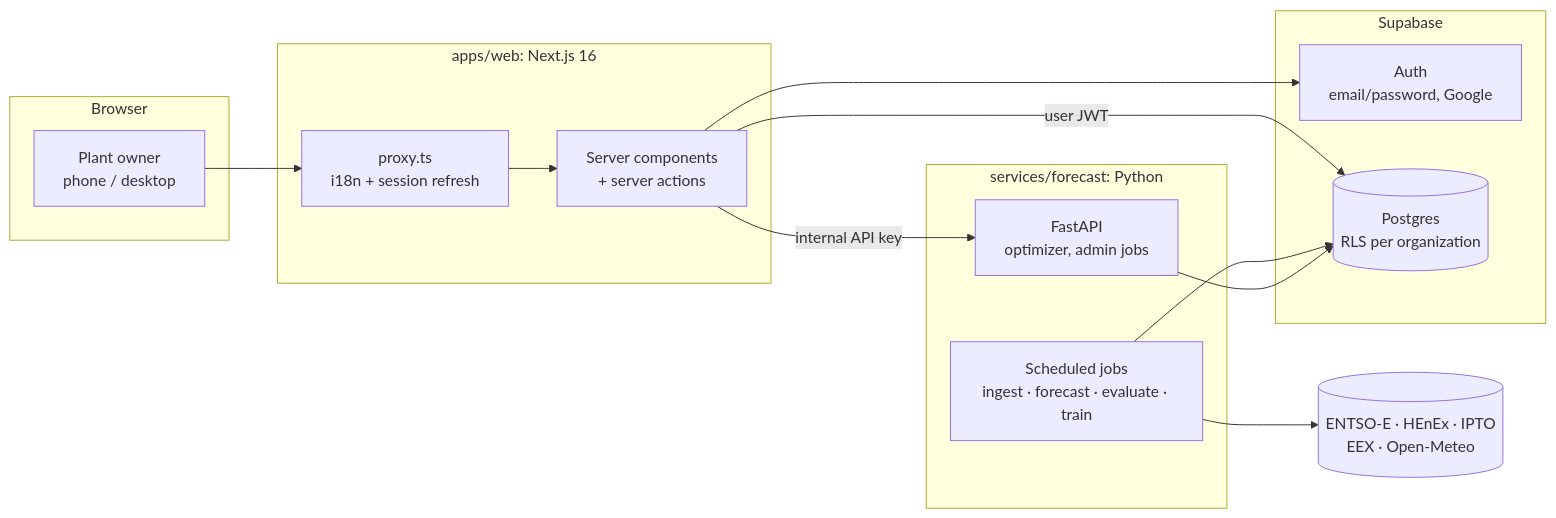
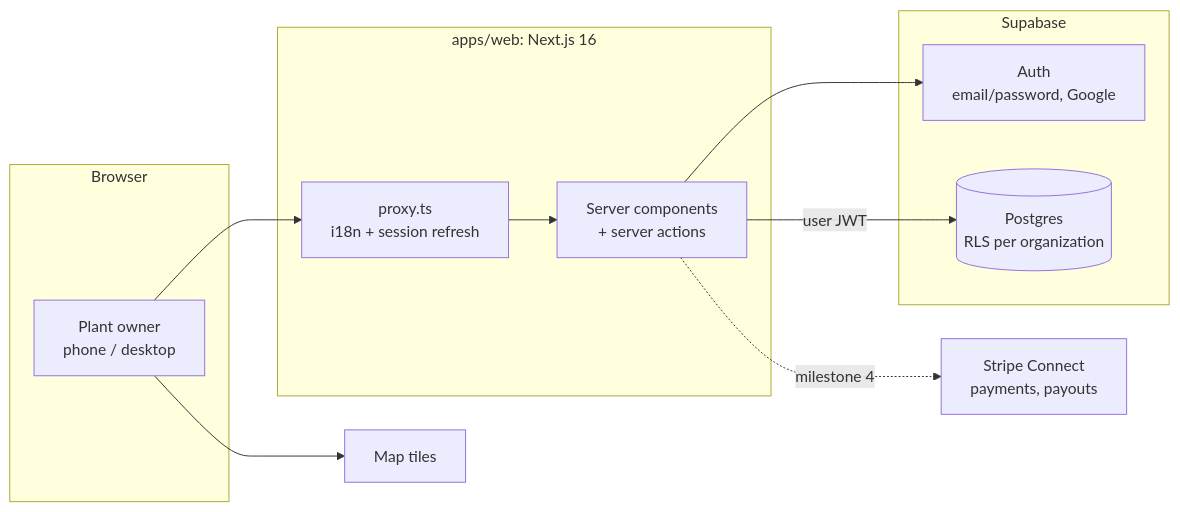
Before and after one commit to vasilis249/energy-price-predictor: the diagram in README.md, drawn with Mermaid. The commit also changed other lines of this file and 66 other files, not shown here.

````diff
--- a/README.md
+++ b/README.md
@@ -11,27 +10,22 @@
 ```mermaid
 flowchart LR
   subgraph Browser
     U[Plant owner<br/>phone / desktop]
   end
   subgraph Web["apps/web: Next.js 16"]
     P[proxy.ts<br/>i18n + session refresh]
     RSC[Server components<br/>+ server actions]
   end
   subgraph Supabase
     AUTH[Auth<br/>email/password, Google]
     DB[(Postgres<br/>RLS per organization)]
   end
-  subgraph Forecast["services/forecast: Python"]
-    API[FastAPI<br/>optimizer, admin jobs]
-    JOBS[Scheduled jobs<br/>ingest · forecast · evaluate · train]
-  end
-  SRC[(ENTSO-E · HEnEx · IPTO<br/>EEX · Open-Meteo)]
+  STRIPE[Stripe Connect<br/>payments, payouts]
+  MAP[Map tiles]
 
   U --> P --> RSC
   RSC -- user JWT --> DB
   RSC --> AUTH
-  RSC -- internal API key --> API
-  JOBS --> SRC
-  JOBS --> DB
-  API --> DB
+  RSC -. milestone 4 .-> STRIPE
+  U --> MAP
 ```
````
